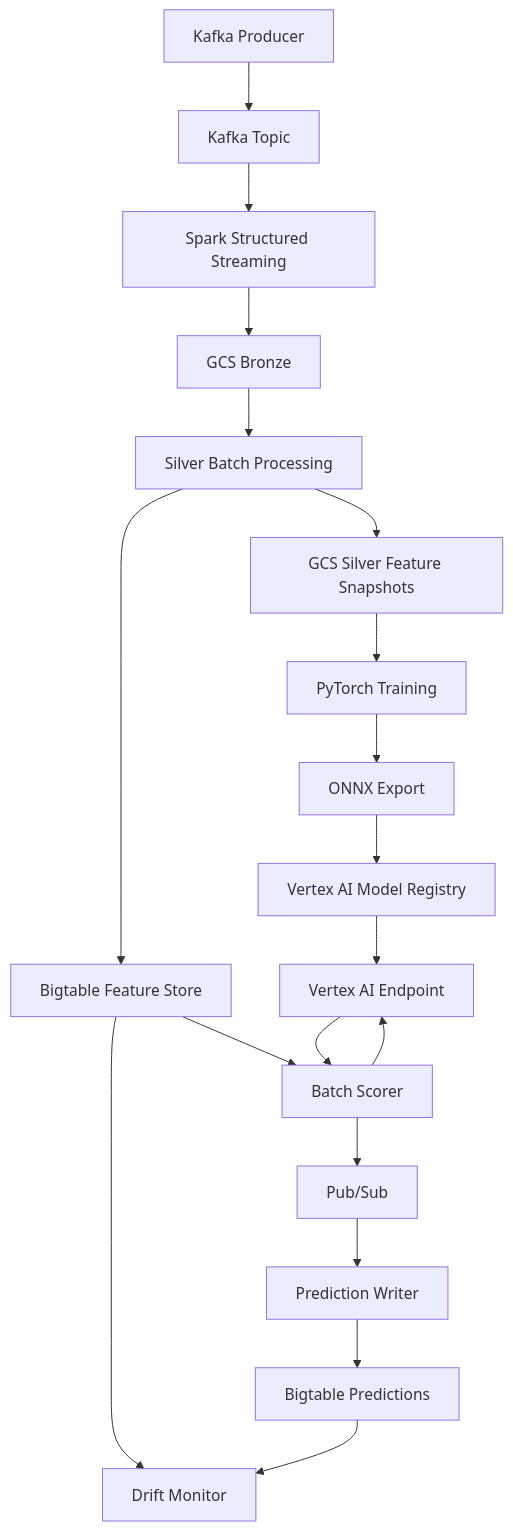
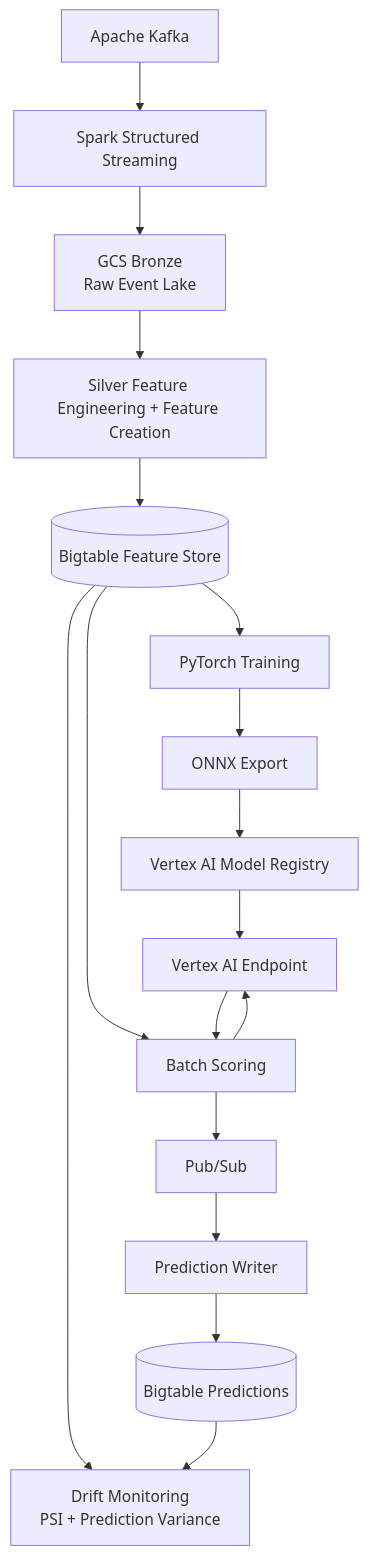
Before and after one commit to ryanhillman/supply-chain-intelligence-platform: the diagram in README.md, drawn with Mermaid.

Commit message:
docs: update README with pipeline and architecture details

````diff
--- a/README.md
+++ b/README.md
@@ -68,38 +68,52 @@
 ```mermaid
 flowchart TD
-    A[Kafka Producer]
-    B[Kafka Topic]
-    C[Spark Structured Streaming]
-    D[GCS Bronze]
-    E[Silver Batch Processing]
-    F[GCS Silver Feature Snapshots]
-    G[Bigtable Feature Store]
-    H[PyTorch Training]
-    I[ONNX Export]
-    J[Vertex AI Model Registry]
-    K[Vertex AI Endpoint]
-    L[Batch Scorer]
-    M[Pub/Sub]
-    N[Prediction Writer]
-    O[Bigtable Predictions]
-    P[Drift Monitor]
 
-    A --> B
-    B --> C
-    C --> D
-    D --> E
-    E --> F
-    E --> G
-    F --> H
-    H --> I
-    I --> J
-    J --> K
-    G --> L
-    L --> K
-    K --> L
-    L --> M
-    M --> N
-    N --> O
-    G --> P
-    O --> P
+    K[Apache Kafka]
+
+    S[Spark Structured Streaming]
+
+    B[GCS Bronze<br/>Raw Event Lake]
+
+    F[Silver Feature Engineering + Feature Creation]
+
+    BT[(Bigtable Feature Store)]
+
+    PT[PyTorch Training]
+
+    ONNX[ONNX Export]
+
+    REG[Vertex AI Model Registry]
+
+    EP[Vertex AI Endpoint]
+
+    BS[Batch Scoring]
+
+    PS[Pub/Sub]
+
+    PW[Prediction Writer]
+
+    PR[(Bigtable Predictions)]
+
+    DM[Drift Monitoring<br/>PSI + Prediction Variance]
+
+    K --> S
+    S --> B
+    B --> F
+    F --> BT
+
+    BT --> PT
+    PT --> ONNX
+    ONNX --> REG
+    REG --> EP
+
+    BT --> BS
+    BS --> EP
+    EP --> BS
+
+    BS --> PS
+    PS --> PW
+    PW --> PR
+
+    BT --> DM
+    PR --> DM
 ```
````
